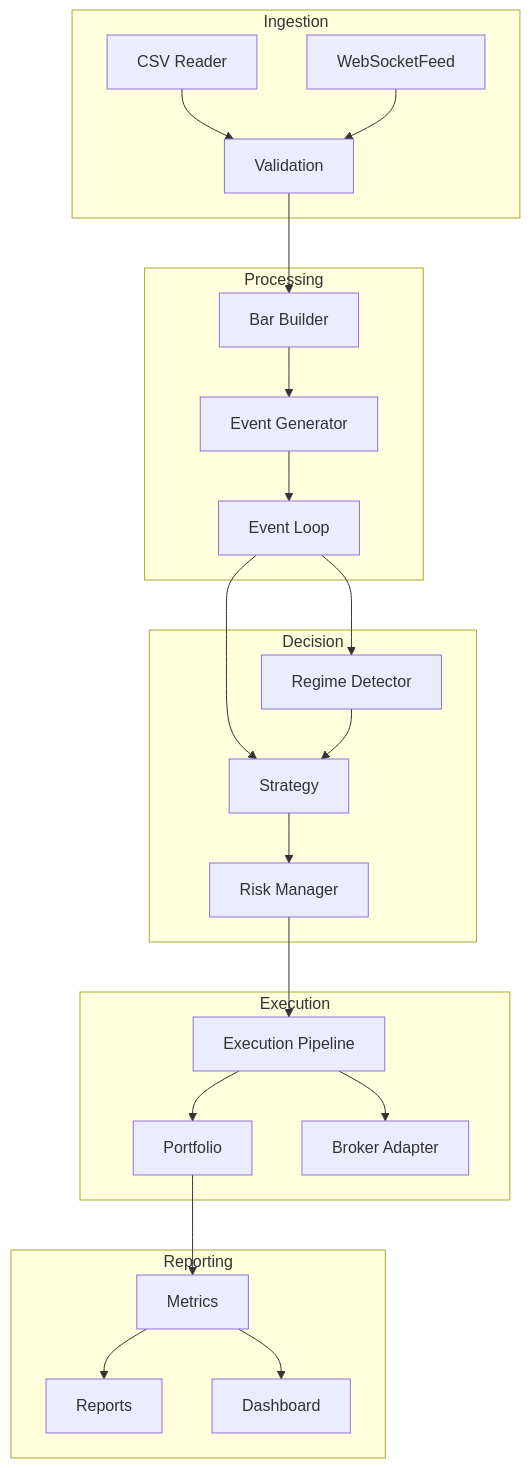
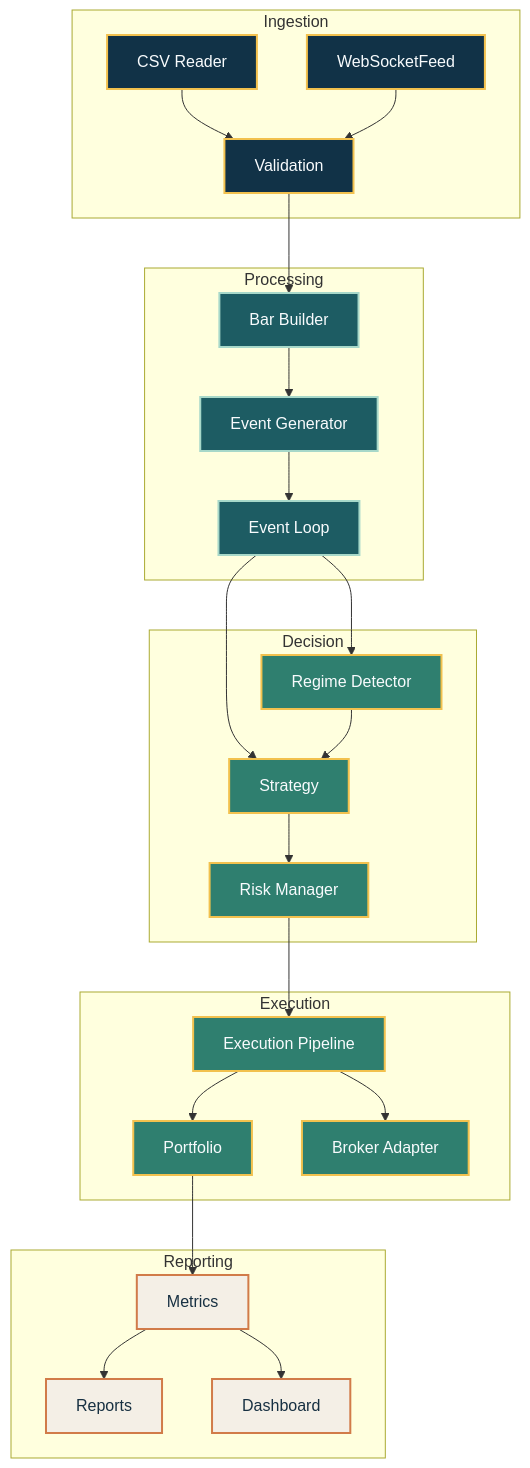
Before and after one commit to gregorian-09/regime-flow: the diagram in docs/diagrams/structural-flow.md, drawn with Mermaid. The commit also changed 7 other files, not shown here.

Commit message:
docs(diagrams): improve mermaid rendering and styling

````diff
--- a/docs/diagrams/structural-flow.md
+++ b/docs/diagrams/structural-flow.md
@@ -3,32 +3,43 @@
 ```mermaid
+%%{init: {"flowchart": {"curve": "basis"}}}%%
 flowchart TB
-  subgraph Ingestion
+  classDef ingest fill:#113247,stroke:#f2c14e,color:#f8fbfd,stroke-width:2px;
+  classDef process fill:#1d5c63,stroke:#a7d8c9,color:#f8fbfd,stroke-width:2px;
+  classDef decision fill:#2f7f6f,stroke:#f2c14e,color:#f8fbfd,stroke-width:2px;
+  classDef output fill:#f4efe6,stroke:#d17b49,color:#173042,stroke-width:2px;
+
+  subgraph Ingestion["Ingestion"]
     A[CSV Reader] --> B[Validation]
     C[WebSocketFeed] --> B
   end
 
-  subgraph Processing
+  subgraph Processing["Processing"]
     B --> D[Bar Builder]
     D --> E[Event Generator]
     E --> F[Event Loop]
   end
 
-  subgraph Decision
+  subgraph Decision["Decision"]
     F --> G[Strategy]
     F --> H[Regime Detector]
     H --> G
     G --> I[Risk Manager]
   end
 
-  subgraph Execution
+  subgraph Execution["Execution"]
     I --> J[Execution Pipeline]
     J --> K[Portfolio]
     J --> L[Broker Adapter]
   end
 
-  subgraph Reporting
+  subgraph Reporting["Reporting"]
     K --> M[Metrics]
     M --> N[Reports]
     M --> O[Dashboard]
   end
+
+  class A,B,C ingest
+  class D,E,F process
+  class G,H,I,J,K,L decision
+  class M,N,O output
 ```
````
